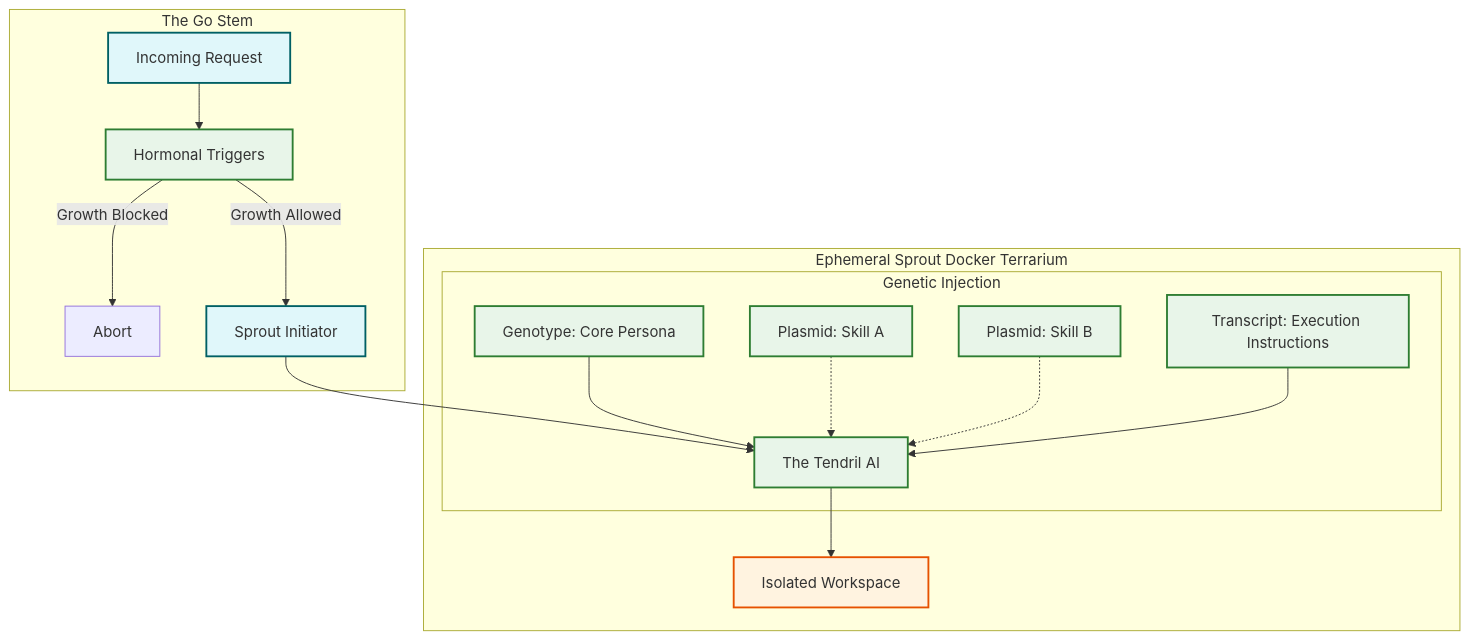
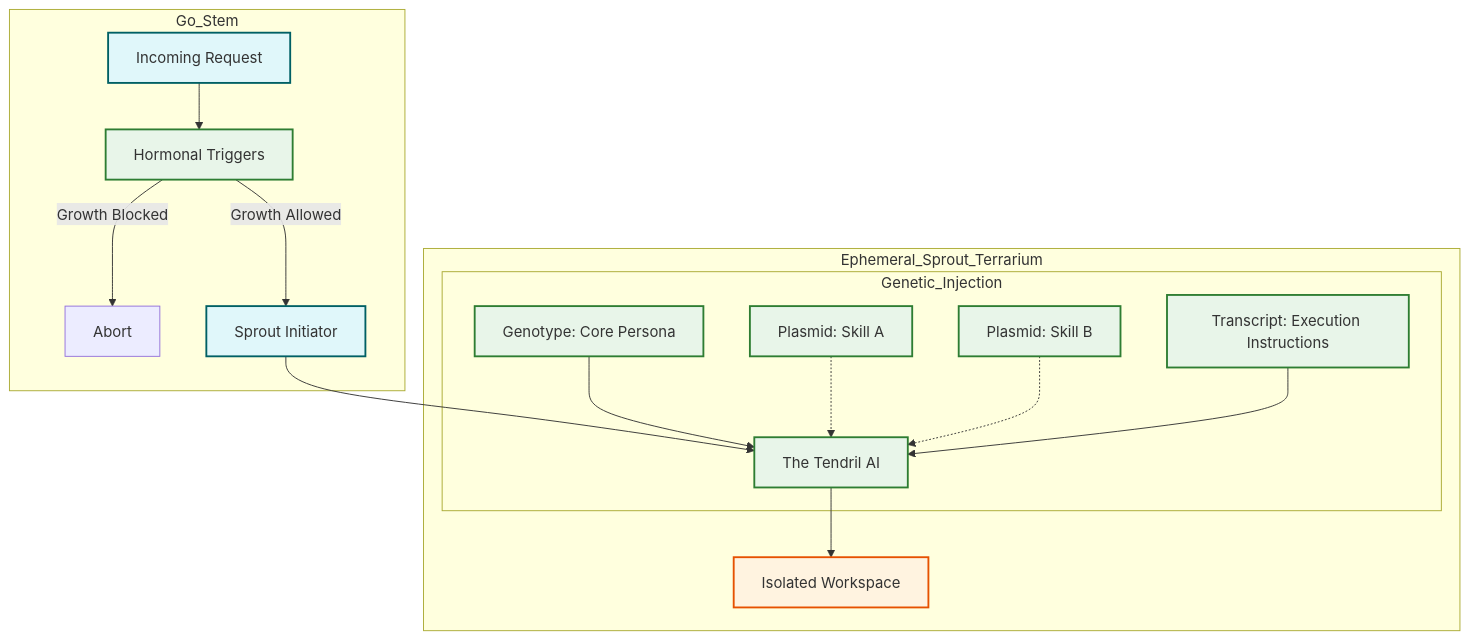
The second of 2 diagrams in SYNTHETIC-TAXONOMY.md (opentendril/opentendril), drawn with Mermaid before and after one commit.

Commit message:
docs: use most basic mermaid subgraph syntax for universal compatibility

````diff
--- a/SYNTHETIC-TAXONOMY.md
+++ b/SYNTHETIC-TAXONOMY.md
@@ -126,29 +126,29 @@
 ```mermaid
 graph TD
-    subgraph stem [The Go Stem]
+    subgraph Go_Stem
         API[Incoming Request] --> HT[Hormonal Triggers]
         HT -- Growth Blocked --> Abort
         HT -- Growth Allowed --> OS[Sprout Initiator]
     end
 
-    subgraph sprout [Ephemeral Sprout Docker Terrarium]
+    subgraph Ephemeral_Sprout_Terrarium
         OS --> T[The Tendril AI]
         
-        subgraph genetics [Genetic Injection]
+        subgraph Genetic_Injection
             G[Genotype: Core Persona] --> T
             P1[Plasmid: Skill A] -.-> T
             P2[Plasmid: Skill B] -.-> T
             TR[Transcript: Execution Instructions] --> T
         end
         
         T --> Env[Isolated Workspace]
     end
 
     classDef biological fill:#e8f5e9,stroke:#2e7d32,stroke-width:2px;
     classDef stem fill:#e0f7fa,stroke:#006064,stroke-width:2px;
     classDef sprout fill:#fff3e0,stroke:#e65100,stroke-width:2px;
     
     class G,P1,P2,TR,HT,T biological;
     class API,OS stem;
     class Env sprout;
 ```
````
